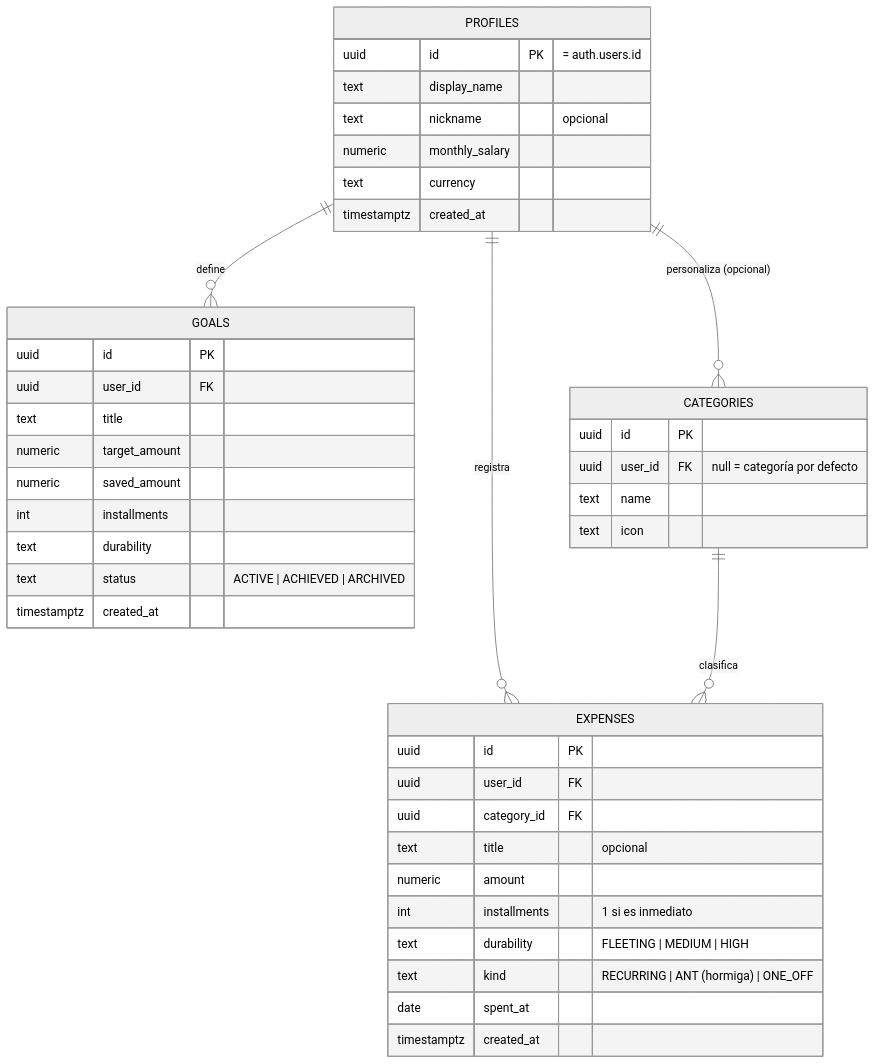
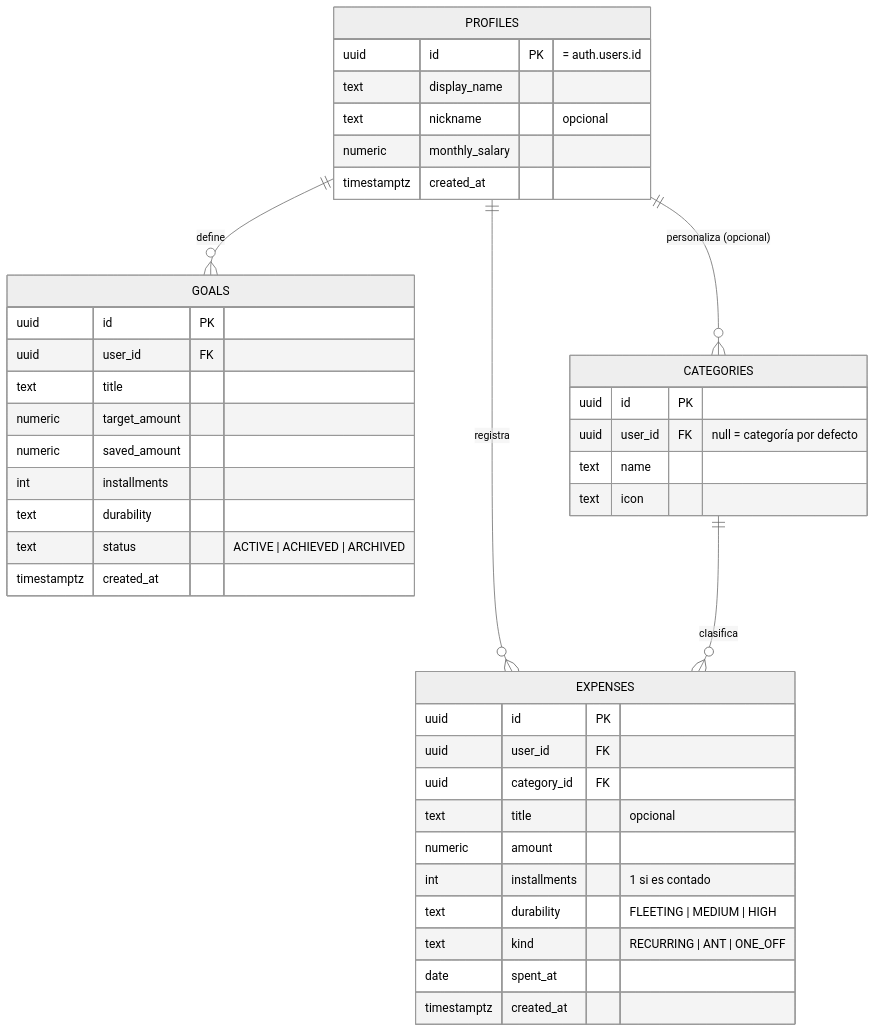
One commit to Gaburiiru/capricho changed the sixth of 6 diagrams in README.md. Above: the diagram before and after it, drawn with Mermaid (neutral theme). The commit also changed other lines of this file and 15 other files, not shown here.

````diff
--- a/README.md
+++ b/README.md
@@ -365,45 +483,44 @@
 ```mermaid
 erDiagram
     PROFILES ||--o{ EXPENSES : registra
     PROFILES ||--o{ GOALS : define
     CATEGORIES ||--o{ EXPENSES : clasifica
     PROFILES ||--o{ CATEGORIES : "personaliza (opcional)"
 
     PROFILES {
         uuid id PK "= auth.users.id"
         text display_name
         text nickname "opcional"
         numeric monthly_salary
-        text currency
         timestamptz created_at
     }
     CATEGORIES {
         uuid id PK
         uuid user_id FK "null = categoría por defecto"
         text name
         text icon
     }
     EXPENSES {
         uuid id PK
         uuid user_id FK
         uuid category_id FK
         text title "opcional"
         numeric amount
-        int installments "1 si es inmediato"
+        int installments "1 si es contado"
         text durability "FLEETING | MEDIUM | HIGH"
-        text kind "RECURRING | ANT (hormiga) | ONE_OFF"
+        text kind "RECURRING | ANT | ONE_OFF"
         date spent_at
         timestamptz created_at
     }
     GOALS {
         uuid id PK
         uuid user_id FK
         text title
         numeric target_amount
         numeric saved_amount
         int installments
         text durability
         text status "ACTIVE | ACHIEVED | ARCHIVED"
         timestamptz created_at
     }
 ```
````
